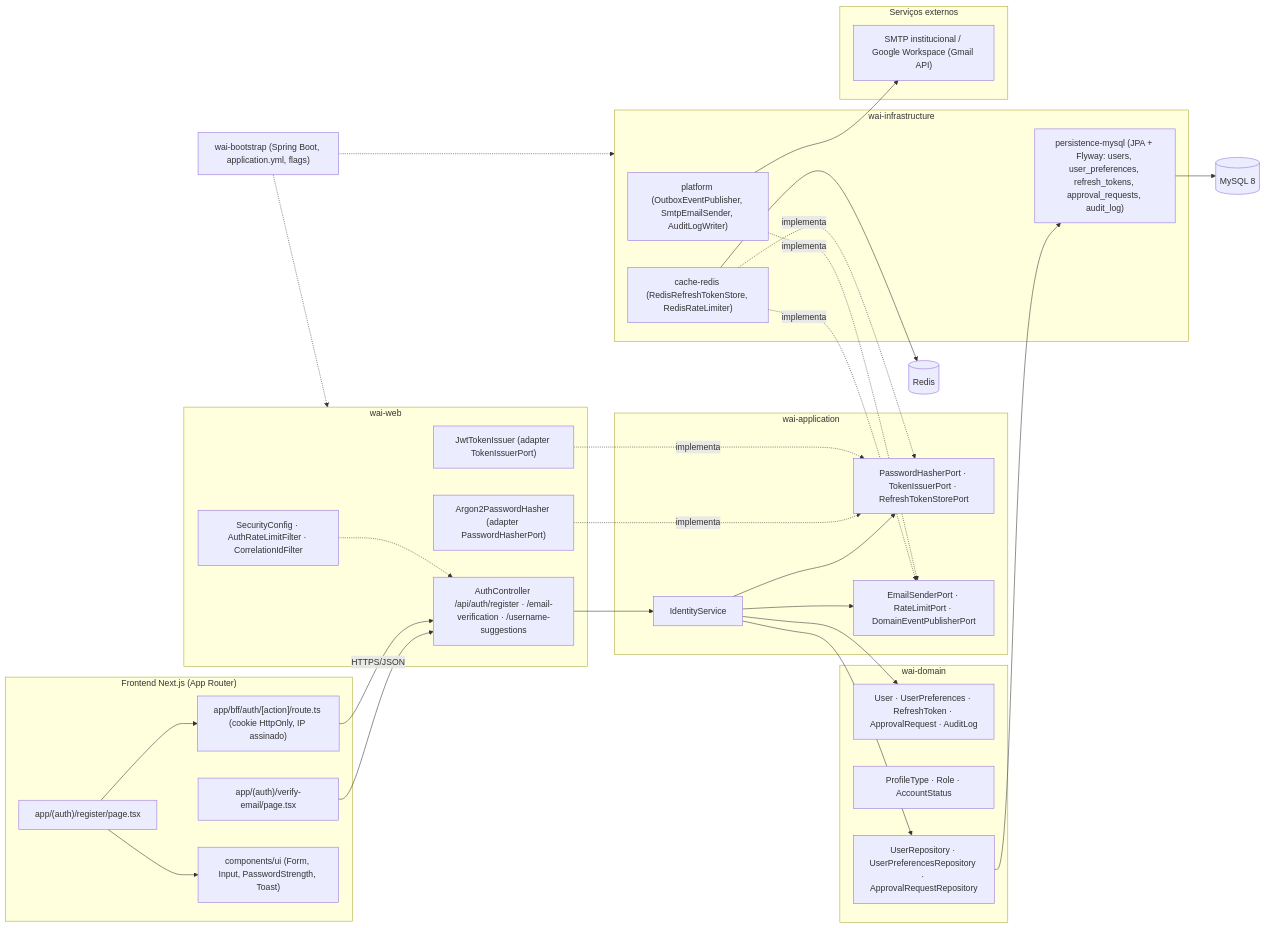
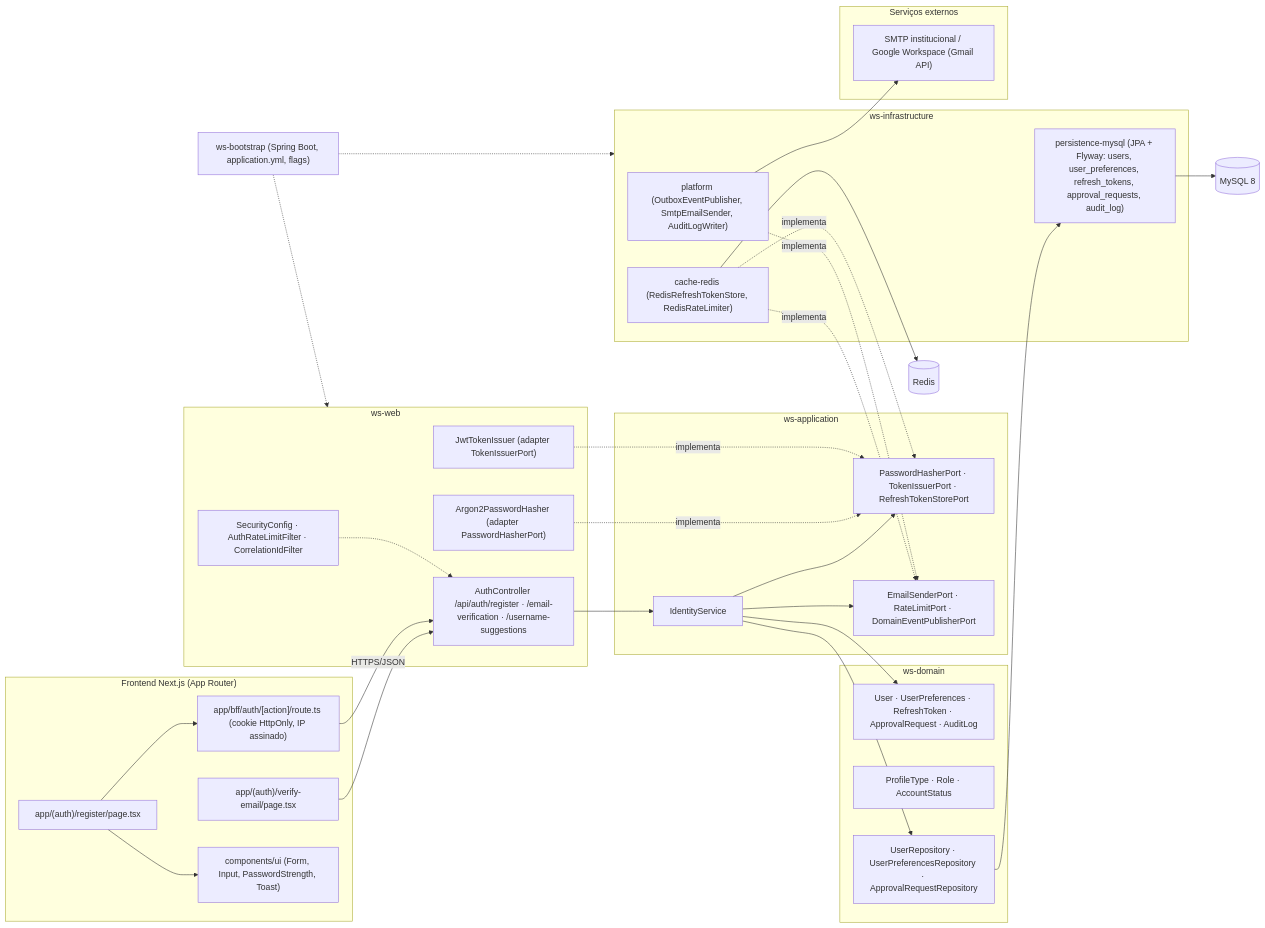
The fifth of 5 diagrams in docs/diagramas/RF1/README.md (MatheusHaliski/Decia-app-2026), drawn with Mermaid before and after one commit. The commit also changed other lines of this file and 65 other files, not shown here.

First line of the commit message:
docs: renomeia o produto para Work Station (módulos ws-*), UserPreferences no diagrama v1, RF44/RF45 ajustados, design system (tokens, components.css, 66 ícones, 112 anatomias SVG, galeria e capturas) e dúvidas Q-36..Q-43

````diff
--- a/docs/diagramas/RF1/README.md
+++ b/docs/diagramas/RF1/README.md
@@ -368,63 +368,63 @@
 ```mermaid
 flowchart LR
   subgraph FE["Frontend Next.js (App Router)"]
     FE1["app/(auth)/register/page.tsx"]
     FE2["app/(auth)/verify-email/page.tsx"]
     FE3["app/bff/auth/[action]/route.ts (cookie HttpOnly, IP assinado)"]
     FE4["components/ui (Form, Input, PasswordStrength, Toast)"]
   end
 
-  subgraph WEB["wai-web"]
+  subgraph WEB["ws-web"]
     W1["AuthController /api/auth/register · /email-verification · /username-suggestions"]
     W2["SecurityConfig · AuthRateLimitFilter · CorrelationIdFilter"]
     W3["Argon2PasswordHasher (adapter PasswordHasherPort)"]
     W4["JwtTokenIssuer (adapter TokenIssuerPort)"]
   end
 
-  subgraph APP["wai-application"]
+  subgraph APP["ws-application"]
     S1["IdentityService"]
     P1["PasswordHasherPort · TokenIssuerPort · RefreshTokenStorePort"]
     P2["EmailSenderPort · RateLimitPort · DomainEventPublisherPort"]
   end
 
-  subgraph DOM["wai-domain"]
+  subgraph DOM["ws-domain"]
     D1["User · UserPreferences · RefreshToken · ApprovalRequest · AuditLog"]
     D2["ProfileType · Role · AccountStatus"]
     D3["UserRepository · UserPreferencesRepository · ApprovalRequestRepository"]
   end
 
-  subgraph INFRA["wai-infrastructure"]
+  subgraph INFRA["ws-infrastructure"]
     I1["persistence-mysql (JPA + Flyway: users, user_preferences, refresh_tokens, approval_requests, audit_log)"]
     I2["cache-redis (RedisRefreshTokenStore, RedisRateLimiter)"]
     I3["platform (OutboxEventPublisher, SmtpEmailSender, AuditLogWriter)"]
   end
 
   subgraph EXT["Serviços externos"]
     X1["SMTP institucional / Google Workspace (Gmail API)"]
   end
 
   MY[("MySQL 8")]
   RD[("Redis")]
 
   FE1 --> FE3
   FE2 --> W1
   FE1 --> FE4
   FE3 -->|HTTPS/JSON| W1
   W1 --> S1
   W2 -.-> W1
   S1 --> P1
   S1 --> P2
   S1 --> D1
   S1 --> D3
   W3 -.->|implementa| P1
   W4 -.->|implementa| P1
   I2 -.->|implementa| P1
   I2 -.->|implementa| P2
   I3 -.->|implementa| P2
   D3 --> I1
   I1 --> MY
   I2 --> RD
   I3 --> X1
-  BOOT["wai-bootstrap (Spring Boot, application.yml, flags)"] -.-> WEB
+  BOOT["ws-bootstrap (Spring Boot, application.yml, flags)"] -.-> WEB
   BOOT -.-> INFRA
 ```
````
